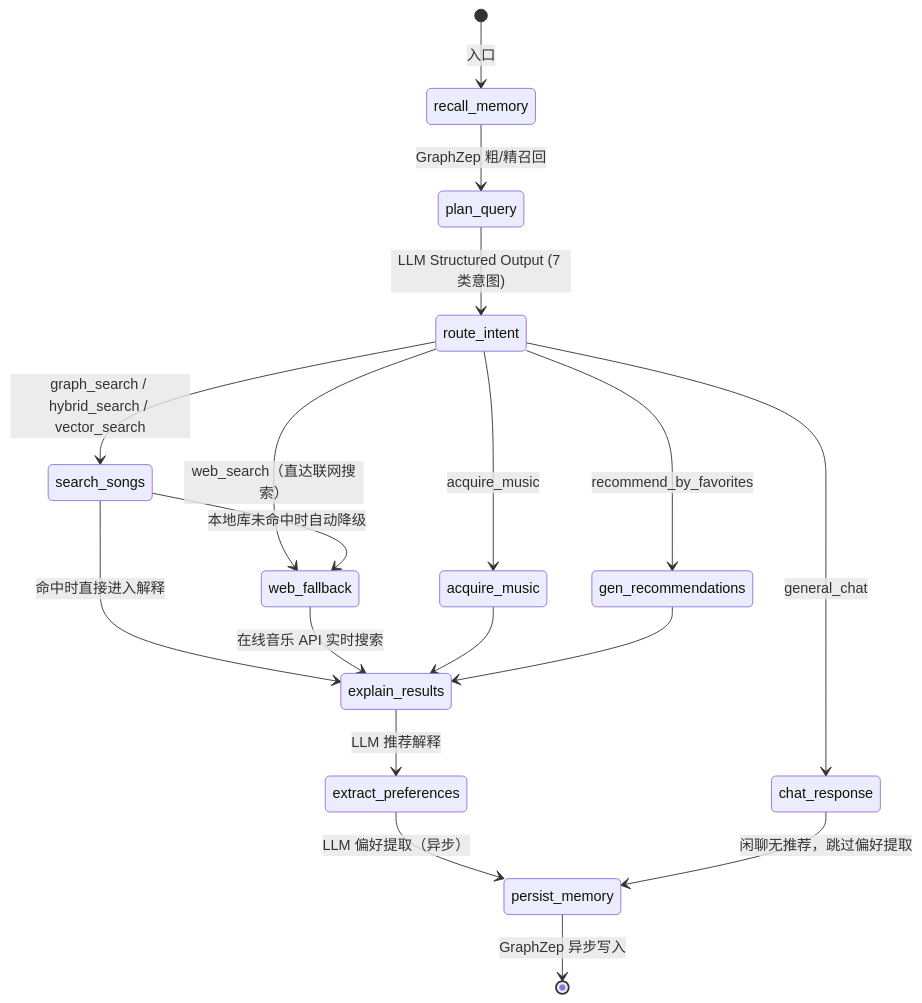
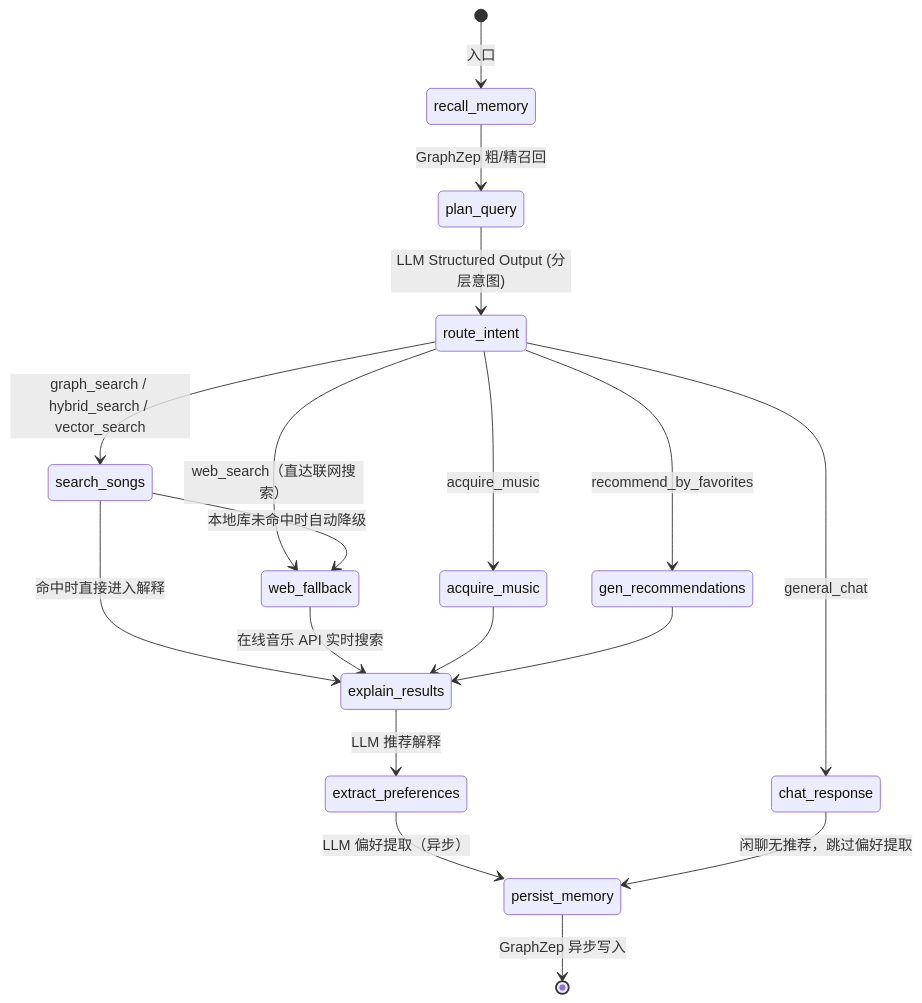
The first of 2 diagrams in README.md (hgsanyang/SoulTuner-Agent), drawn with Mermaid before and after one commit. The commit also changed other lines of this file and 4 other files, not shown here.

````diff
--- a/README.md
+++ b/README.md
@@ -204,25 +223,25 @@
 ```mermaid
 stateDiagram-v2
     [*] --> recall_memory: 入口
     recall_memory --> plan_query: GraphZep 粗/精召回
-    plan_query --> route_intent: LLM Structured Output (7 类意图)
+    plan_query --> route_intent: LLM Structured Output (分层意图)
 
     route_intent --> search_songs: graph_search / hybrid_search / vector_search
     route_intent --> web_fallback: web_search（直达联网搜索）
     route_intent --> chat_response: general_chat
     route_intent --> acquire_music: acquire_music
     route_intent --> gen_recommendations: recommend_by_favorites
 
     search_songs --> web_fallback: 本地库未命中时自动降级
     search_songs --> explain_results: 命中时直接进入解释
     web_fallback --> explain_results: 在线音乐 API 实时搜索
     acquire_music --> explain_results
     gen_recommendations --> explain_results
 
     explain_results --> extract_preferences: LLM 推荐解释
     extract_preferences --> persist_memory: LLM 偏好提取（异步）
 
     chat_response --> persist_memory: 闲聊无推荐，跳过偏好提取
 
     persist_memory --> [*]: GraphZep 异步写入
 ```
````
